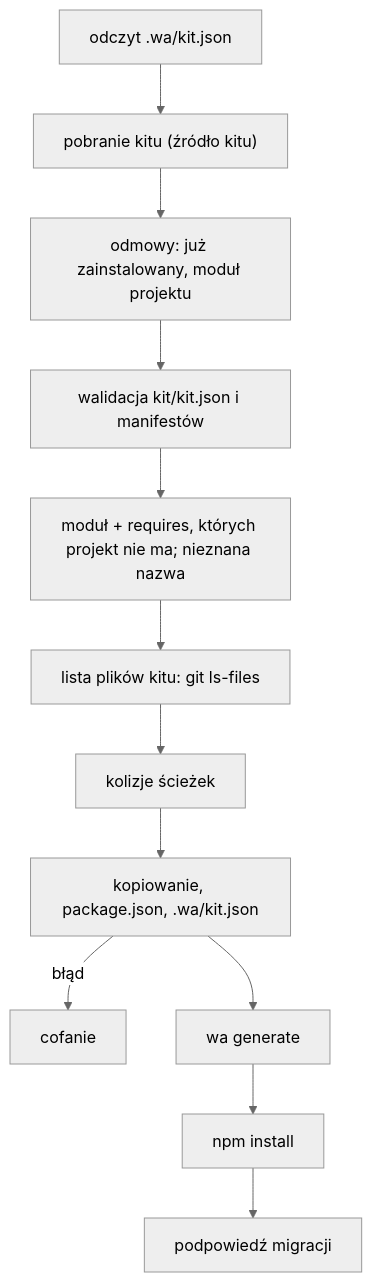
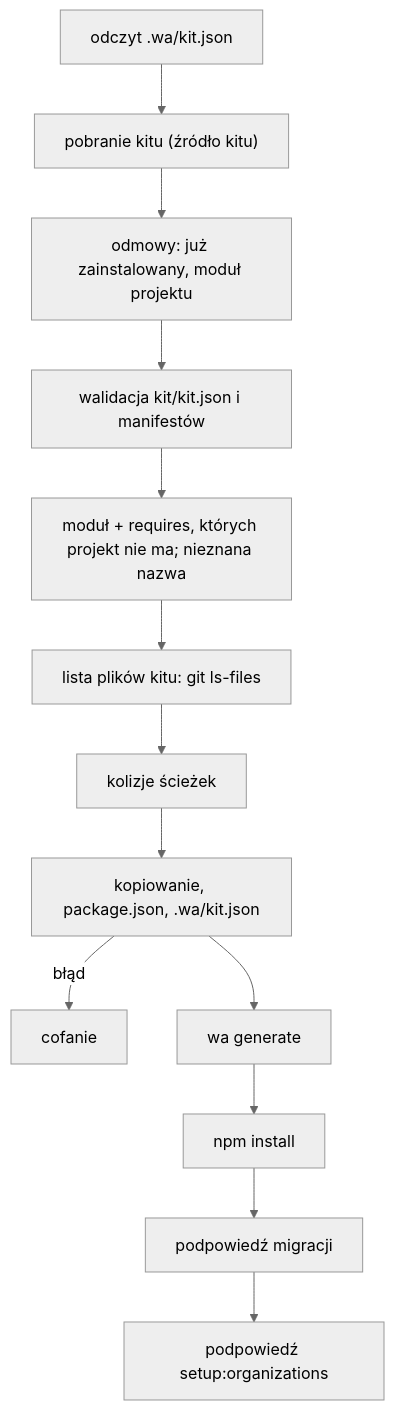
The second of 2 diagrams in docs/16-cli-wa.md (webamigos/gatojs), drawn with Mermaid (neutral theme) before and after one commit. The commit also changed other lines of this file and 4 other files, not shown here.

Commit message:
docs(setup): document organization setup hooks, setup:organizations and moduleSetups

````diff
--- a/docs/16-cli-wa.md
+++ b/docs/16-cli-wa.md
@@ -299,14 +299,15 @@
 ```mermaid
 flowchart TD
     state["odczyt .wa/kit.json"] --> source["pobranie kitu (źródło kitu)"]
     source --> refuse["odmowy: już zainstalowany, moduł projektu"]
     refuse --> manifests["walidacja kit/kit.json i manifestów"]
     manifests --> resolve["moduł + requires, których projekt nie ma; nieznana nazwa"]
     resolve --> files["lista plików kitu: git ls-files"]
     files --> collide["kolizje ścieżek"]
     collide --> copy["kopiowanie, package.json, .wa/kit.json"]
     copy -->|"błąd"| rollback["cofanie"]
     copy --> generate["wa generate"]
     generate --> install["npm install"]
     install --> hint["podpowiedź migracji"]
+    hint --> setupHint["podpowiedź setup:organizations"]
 ```
````
